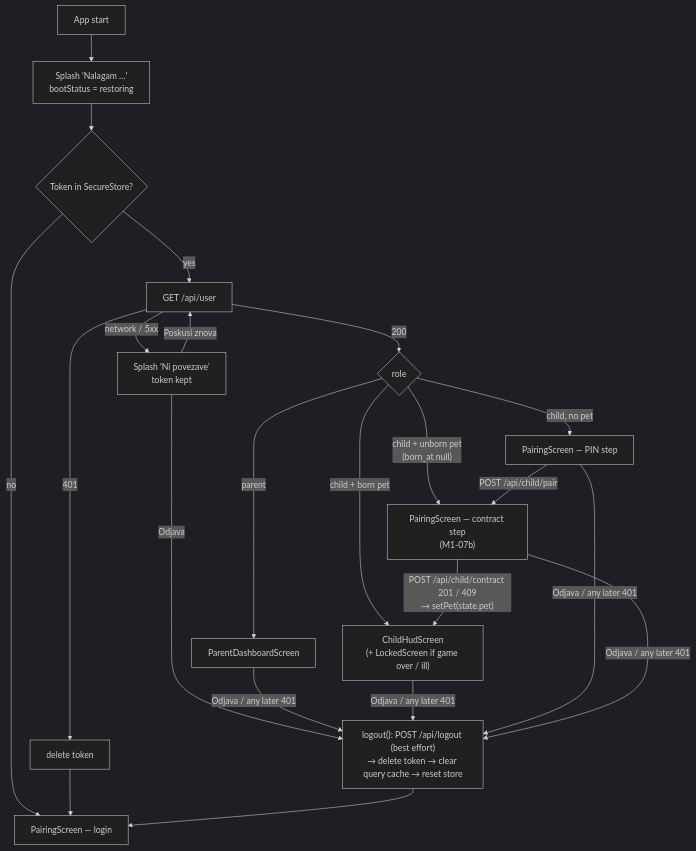
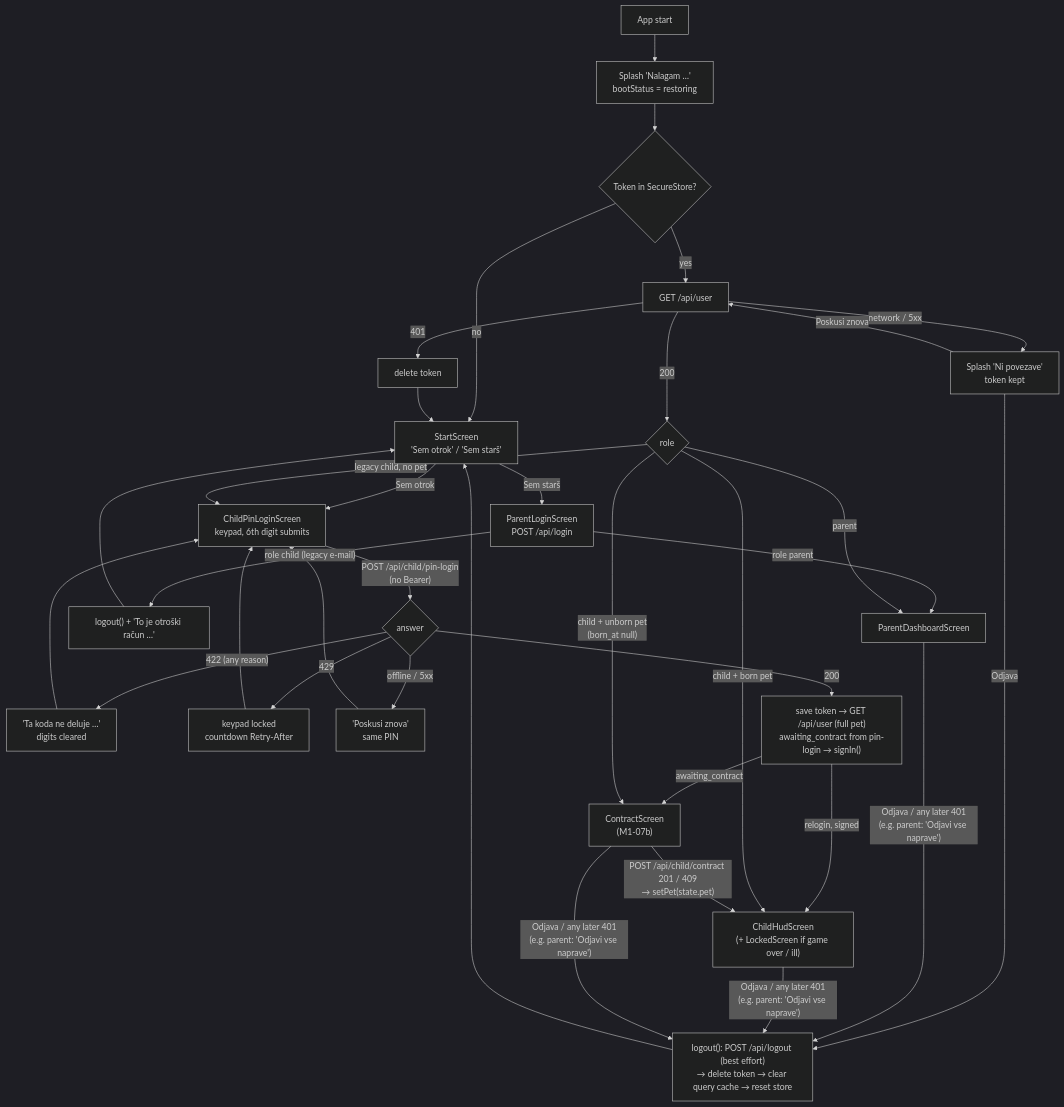
Before and after one commit to DataVallis/pet-prep: the fourth of 13 diagrams in docs/engineering/DIAGRAMS.md, drawn with Mermaid (dark theme). The commit also changed other lines of this file and 40 other files, not shown here.

First line of the commit message:
feat(mobile): PIN-only child login and family children list [M2-02]

````diff
--- a/docs/engineering/DIAGRAMS.md
+++ b/docs/engineering/DIAGRAMS.md
@@ -124,20 +124,30 @@
 ```mermaid
 flowchart TD
   L[App start] --> S["Splash 'Nalagam …'<br/>bootStatus = restoring"]
   S --> T{Token in SecureStore?}
-  T -- no --> LOGIN[PairingScreen — login]
+  T -- no --> START["StartScreen<br/>'Sem otrok' / 'Sem starš'"]
+  START -- "Sem starš" --> PL["ParentLoginScreen<br/>POST /api/login"]
+  PL -- "role parent" --> PD
+  PL -- "role child (legacy e-mail)" --> REF["logout() + 'To je otroški račun …'"] --> START
+  START -- "Sem otrok" --> KP["ChildPinLoginScreen<br/>keypad, 6th digit submits"]
+  KP -- "POST /api/child/pin-login<br/>(no Bearer)" --> PLR{answer}
+  PLR -- "422 (any reason)" --> KPE["'Ta koda ne deluje …'<br/>digits cleared"] --> KP
+  PLR -- 429 --> KPL["keypad locked<br/>countdown Retry-After"] --> KP
+  PLR -- "offline / 5xx" --> KPR["'Poskusi znova'<br/>same PIN"] --> KP
+  PLR -- 200 --> SAVE["save token → GET /api/user (full pet)<br/>awaiting_contract from pin-login → signIn()"]
+  SAVE -- "awaiting_contract" --> CON
+  SAVE -- "relogin, signed" --> HUD
   T -- yes --> U[GET /api/user]
   U -- 200 --> R{role}
   R -- parent --> PD[ParentDashboardScreen]
   R -- "child + born pet" --> HUD["ChildHudScreen<br/>(+ LockedScreen if game over / ill)"]
-  R -- "child + unborn pet<br/>(born_at null)" --> CON["PairingScreen — contract step<br/>(M1-07b)"]
+  R -- "child + unborn pet<br/>(born_at null)" --> CON["ContractScreen<br/>(M1-07b)"]
   CON -- "POST /api/child/contract 201 / 409<br/>→ setPet(state.pet)" --> HUD
-  R -- "child, no pet" --> PIN[PairingScreen — PIN step]
-  PIN -- "POST /api/child/pair" --> CON
-  U -- 401 --> CLR[delete token] --> LOGIN
+  R -- "legacy child, no pet" --> KP
+  U -- 401 --> CLR[delete token] --> START
   U -- "network / 5xx" --> OFF["Splash 'Ni povezave'<br/>token kept"]
   OFF -- "Poskusi znova" --> U
   OFF -- Odjava --> OUT
-  PD & HUD & PIN & CON -- "Odjava / any later 401" --> OUT["logout(): POST /api/logout (best effort)<br/>→ delete token → clear query cache → reset store"]
-  OUT --> LOGIN
+  PD & HUD & CON -- "Odjava / any later 401<br/>(e.g. parent: 'Odjavi vse naprave')" --> OUT["logout(): POST /api/logout (best effort)<br/>→ delete token → clear query cache → reset store"]
+  OUT --> START
 ```
````
